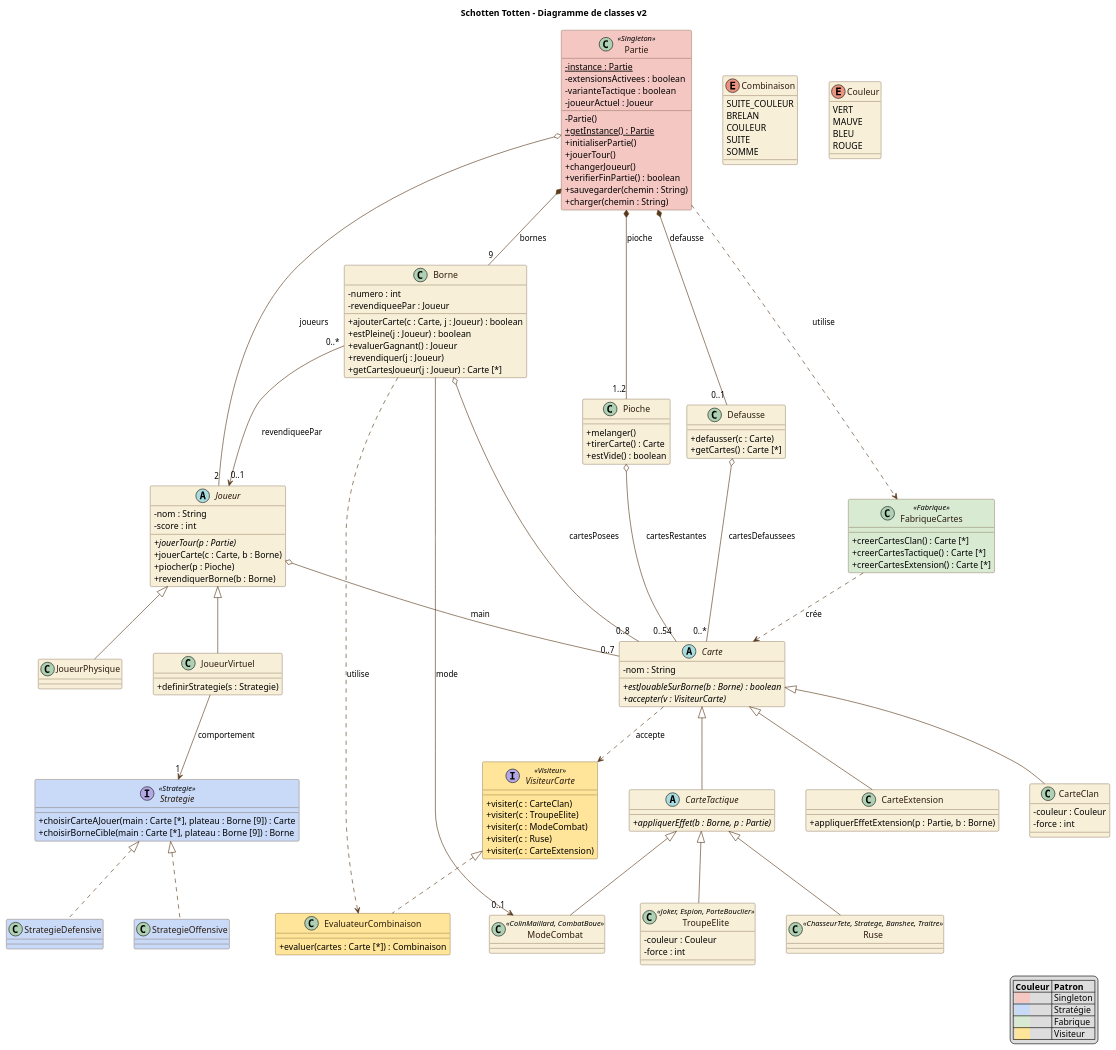
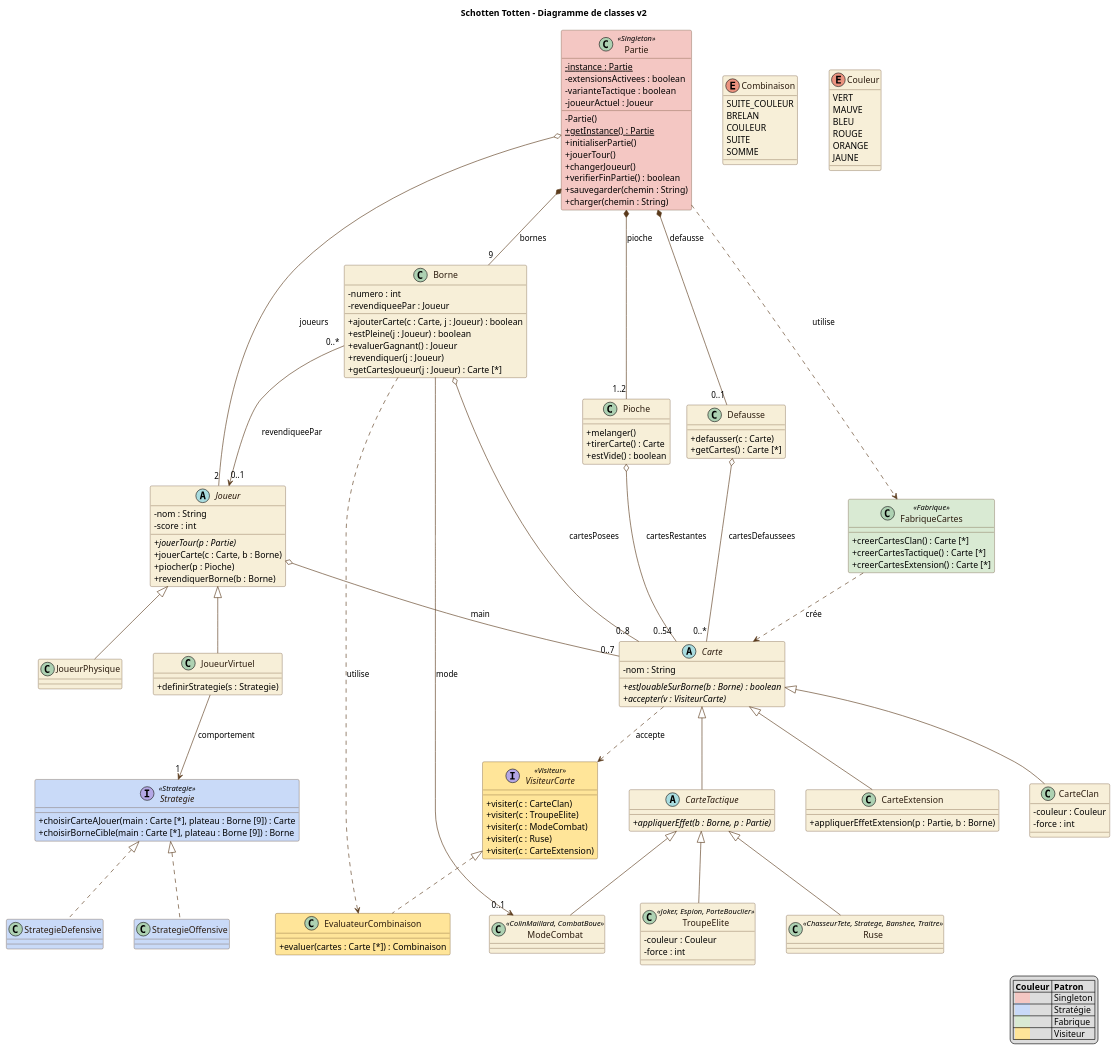
One commit to Lelio88/lo02-schotten-totten-soutenance changed the diagram in doc/uml/classes-v2.puml. Above: the diagram before and after it, drawn with PlantUML. The commit also changed 3 other files, not shown here.

Commit message:
fix: enum Couleur complétée (6 couleurs) dans le diagramme v2

```diff
--- a/doc/uml/classes-v2.puml
+++ b/doc/uml/classes-v2.puml
@@ -1,180 +1,181 @@
 @startuml classes-v2
 ' Diagramme de classes v2 : base = diagramme du binôme (Modelio), corrigé et complété
 ' avec Fabrique et Visiteur. Rendu : java -jar plantuml.jar -tpng classes-v2.puml
 ' Code couleur : une couleur par patron de conception (voir légende).
 title Schotten Totten - Diagramme de classes v2
 
 skinparam classAttributeIconSize 0
 skinparam shadowing false
 skinparam nodesep 50
 skinparam ranksep 70
 skinparam class {
   BackgroundColor #F7EFD8
   BorderColor #5A3A1B
   ArrowColor #5A3A1B
   FontColor #2B1B0E
 }
 
 ' --- Jeu ---
 class Partie <<Singleton>> #F4C7C3 {
   - {static} instance : Partie
   - extensionsActivees : boolean
   - varianteTactique : boolean
   - joueurActuel : Joueur
   - Partie()
   + {static} getInstance() : Partie
   + initialiserPartie()
   + jouerTour()
   + changerJoueur()
   + verifierFinPartie() : boolean
   + sauvegarder(chemin : String)
   + charger(chemin : String)
 }
 
 class Borne {
   - numero : int
   - revendiqueePar : Joueur
   + ajouterCarte(c : Carte, j : Joueur) : boolean
   + estPleine(j : Joueur) : boolean
   + evaluerGagnant() : Joueur
   + revendiquer(j : Joueur)
   + getCartesJoueur(j : Joueur) : Carte [*]
 }
 
 class Pioche {
   + melanger()
   + tirerCarte() : Carte
   + estVide() : boolean
 }
 
 class Defausse {
   + defausser(c : Carte)
   + getCartes() : Carte [*]
 }
 
 enum Combinaison {
   SUITE_COULEUR
   BRELAN
   COULEUR
   SUITE
   SOMME
 }
 
 ' --- Joueurs et Strategie ---
 abstract class Joueur {
   - nom : String
   - score : int
   + {abstract} jouerTour(p : Partie)
   + jouerCarte(c : Carte, b : Borne)
   + piocher(p : Pioche)
   + revendiquerBorne(b : Borne)
 }
 
 class JoueurPhysique
 class JoueurVirtuel {
   + definirStrategie(s : Strategie)
 }
 
 interface Strategie <<Strategie>> #C9DAF8 {
   + choisirCarteAJouer(main : Carte [*], plateau : Borne [9]) : Carte
   + choisirBorneCible(main : Carte [*], plateau : Borne [9]) : Borne
 }
 class StrategieDefensive #C9DAF8
 class StrategieOffensive #C9DAF8
 
 ' --- Cartes ---
 abstract class Carte {
   - nom : String
   + {abstract} estJouableSurBorne(b : Borne) : boolean
   + {abstract} accepter(v : VisiteurCarte)
 }
 
 class CarteClan {
   - couleur : Couleur
   - force : int
 }
 
 abstract class CarteTactique {
   + {abstract} appliquerEffet(b : Borne, p : Partie)
 }
 
 class TroupeElite <<Joker, Espion, PorteBouclier>> {
   - couleur : Couleur
   - force : int
 }
 class ModeCombat <<ColinMaillard, CombatBoue>>
 class Ruse <<ChasseurTete, Stratege, Banshee, Traitre>>
 
 class CarteExtension {
   + appliquerEffetExtension(p : Partie, b : Borne)
 }
 
 enum Couleur {
   VERT
   MAUVE
   BLEU
   ROUGE
-  ' 6 valeurs au total
+  ORANGE
+  JAUNE
 }
 
 ' --- Patron Fabrique ---
 class FabriqueCartes <<Fabrique>> #D9EAD3 {
   + creerCartesClan() : Carte [*]
   + creerCartesTactique() : Carte [*]
   + creerCartesExtension() : Carte [*]
 }
 
 ' --- Patron Visiteur ---
 interface VisiteurCarte <<Visiteur>> #FFE599 {
   + visiter(c : CarteClan)
   + visiter(c : TroupeElite)
   + visiter(c : ModeCombat)
   + visiter(c : Ruse)
   + visiter(c : CarteExtension)
 }
 class EvaluateurCombinaison #FFE599 {
   + evaluer(cartes : Carte [*]) : Combinaison
 }
 
 ' --- Structure du jeu ---
 Partie *-- "9" Borne : bornes
 Partie *-- "1..2" Pioche : pioche
 Partie *-- "0..1" Defausse : defausse
 Partie o-- "2" Joueur : joueurs
 Borne "0..*" --> "0..1" Joueur : revendiqueePar
 Borne o-- "0..8" Carte : cartesPosees
 Borne --> "0..1" ModeCombat : mode
 Joueur o-- "0..7" Carte : main
 Pioche o-- "0..54" Carte : cartesRestantes
 Defausse o-- "0..*" Carte : cartesDefaussees
 
 ' --- Joueurs et Strategie ---
 Joueur <|-- JoueurPhysique
 Joueur <|-- JoueurVirtuel
 JoueurVirtuel --> "1" Strategie : comportement
 Strategie <|.. StrategieDefensive
 Strategie <|.. StrategieOffensive
 
 ' --- Cartes ---
 Carte <|-- CarteClan
 Carte <|-- CarteTactique
 Carte <|-- CarteExtension
 CarteTactique <|-- TroupeElite
 CarteTactique <|-- ModeCombat
 CarteTactique <|-- Ruse
 
 ' --- Fabrique et Visiteur ---
 Partie ..> FabriqueCartes : utilise
 FabriqueCartes ..> Carte : crée
 Carte ..> VisiteurCarte : accepte
 VisiteurCarte <|.. EvaluateurCombinaison
 Borne ..> EvaluateurCombinaison : utilise
 
 legend right
   |= Couleur |= Patron |
   | <back:#F4C7C3>      </back> | Singleton |
   | <back:#C9DAF8>      </back> | Stratégie |
   | <back:#D9EAD3>      </back> | Fabrique |
   | <back:#FFE599>      </back> | Visiteur |
 endlegend
 @enduml
```
